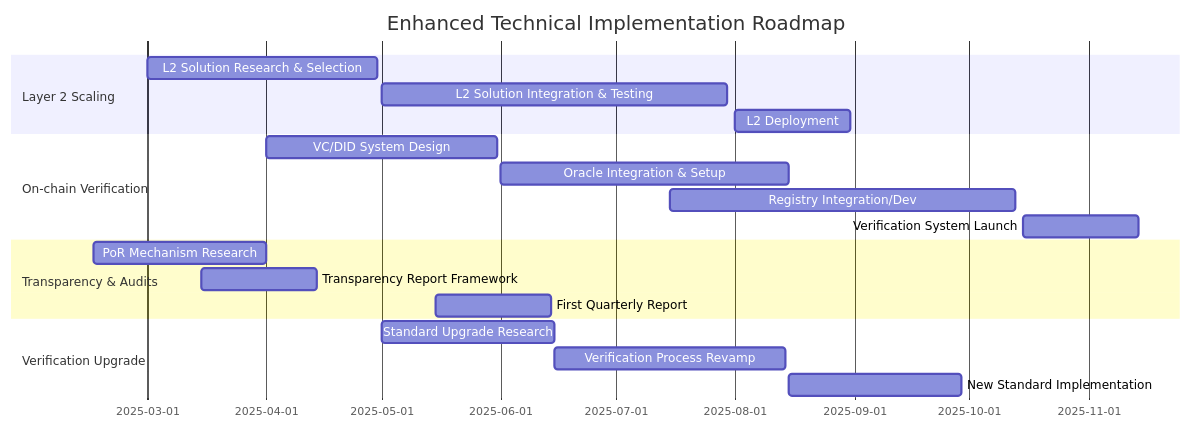
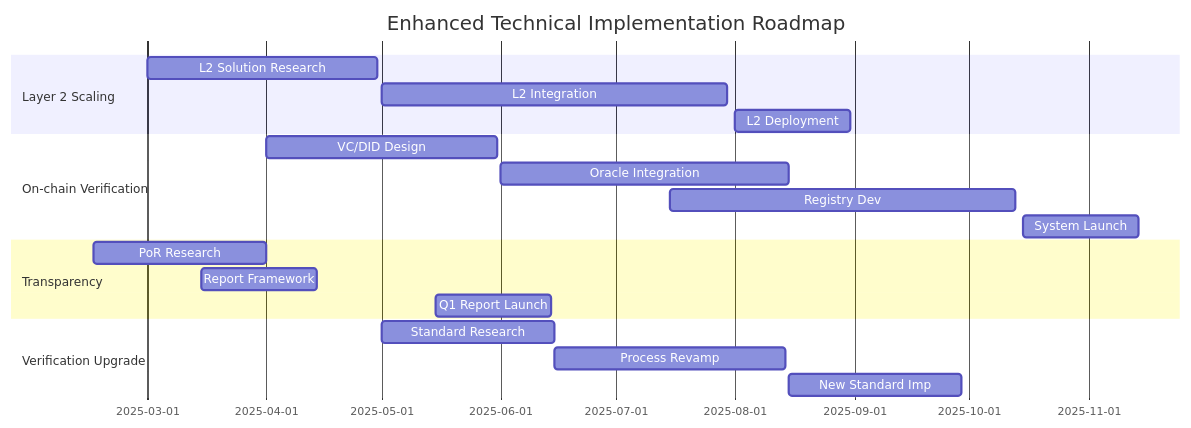
The fourth of 4 diagrams in README.md (W3JDev/Open-Source-websites-Templates), drawn with Mermaid before and after one commit. The commit also changed other lines of this file, not shown here.

````diff
--- a/README.md
+++ b/README.md
@@ -207,22 +191,22 @@
 ```mermaid
 gantt
     title Enhanced Technical Implementation Roadmap
     dateFormat  YYYY-MM-DD
     section Layer 2 Scaling
-    L2 Solution Research & Selection  :2025-03-01, 60d
-    L2 Solution Integration & Testing :2025-05-01, 90d
-    L2 Deployment                  :2025-08-01, 30d
+    L2 Solution Research :2025-03-01, 60d
+    L2 Integration     :2025-05-01, 90d
+    L2 Deployment      :2025-08-01, 30d
     section On-chain Verification
-    VC/DID System Design           :2025-04-01, 60d
-    Oracle Integration & Setup     :2025-06-01, 75d
-    Registry Integration/Dev        :2025-07-15, 90d
-    Verification System Launch     :2025-10-15, 30d
-    section Transparency & Audits
-    PoR Mechanism Research         :2025-02-15, 45d
-    Transparency Report Framework  :2025-03-15, 30d
-    First Quarterly Report         :2025-05-15, 30d
+    VC/DID Design      :2025-04-01, 60d
+    Oracle Integration :2025-06-01, 75d
+    Registry Dev       :2025-07-15, 90d
+    System Launch      :2025-10-15, 30d
+    section Transparency
+    PoR Research       :2025-02-15, 45d
+    Report Framework :2025-03-15, 30d
+    Q1 Report Launch :2025-05-15, 30d
     section Verification Upgrade
-    Standard Upgrade Research      :2025-05-01, 45d
-    Verification Process Revamp  :2025-06-15, 60d
-    New Standard Implementation    :2025-08-15, 45d
+    Standard Research  :2025-05-01, 45d
+    Process Revamp   :2025-06-15, 60d
+    New Standard Imp :2025-08-15, 45d
 ```
````
